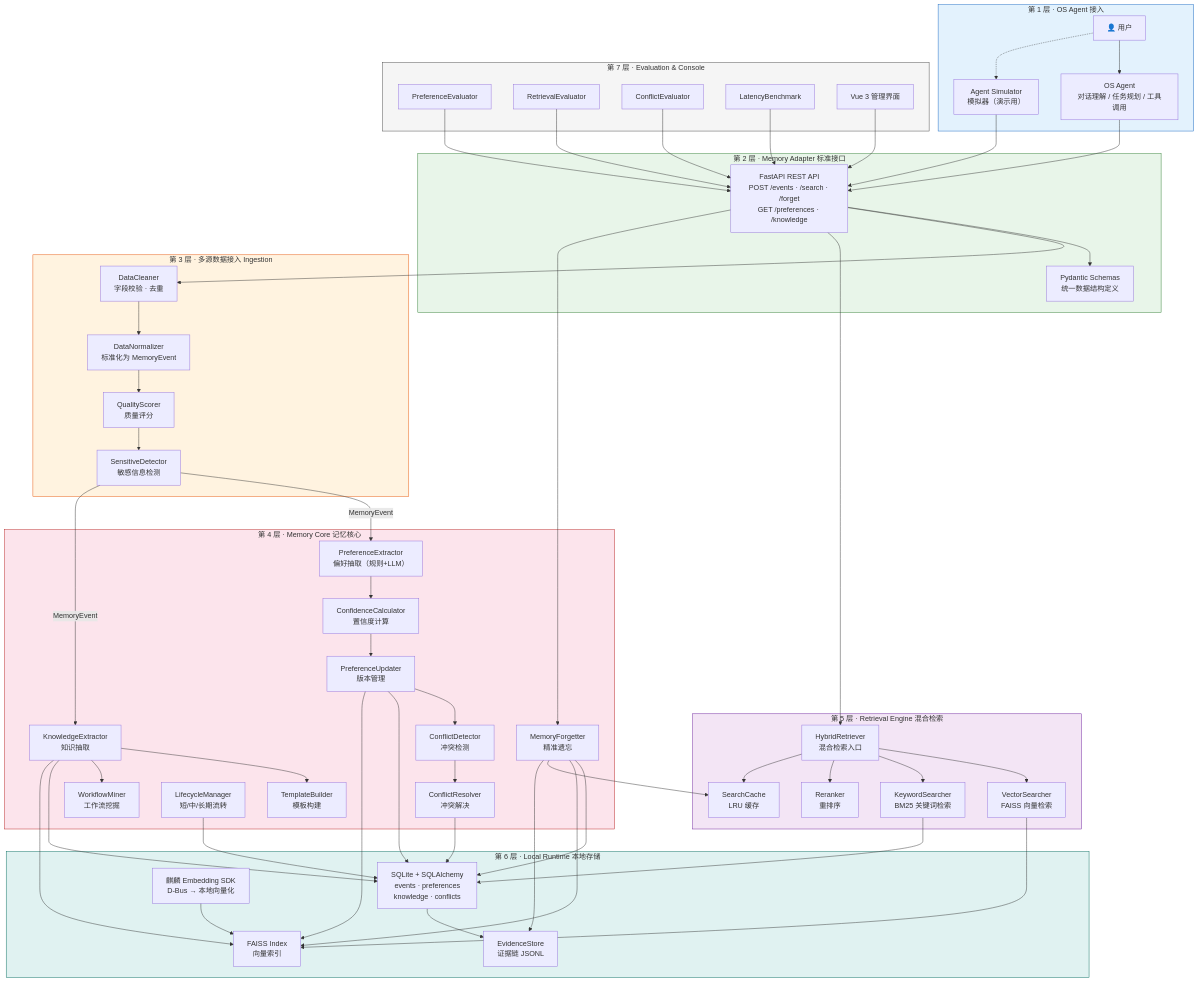
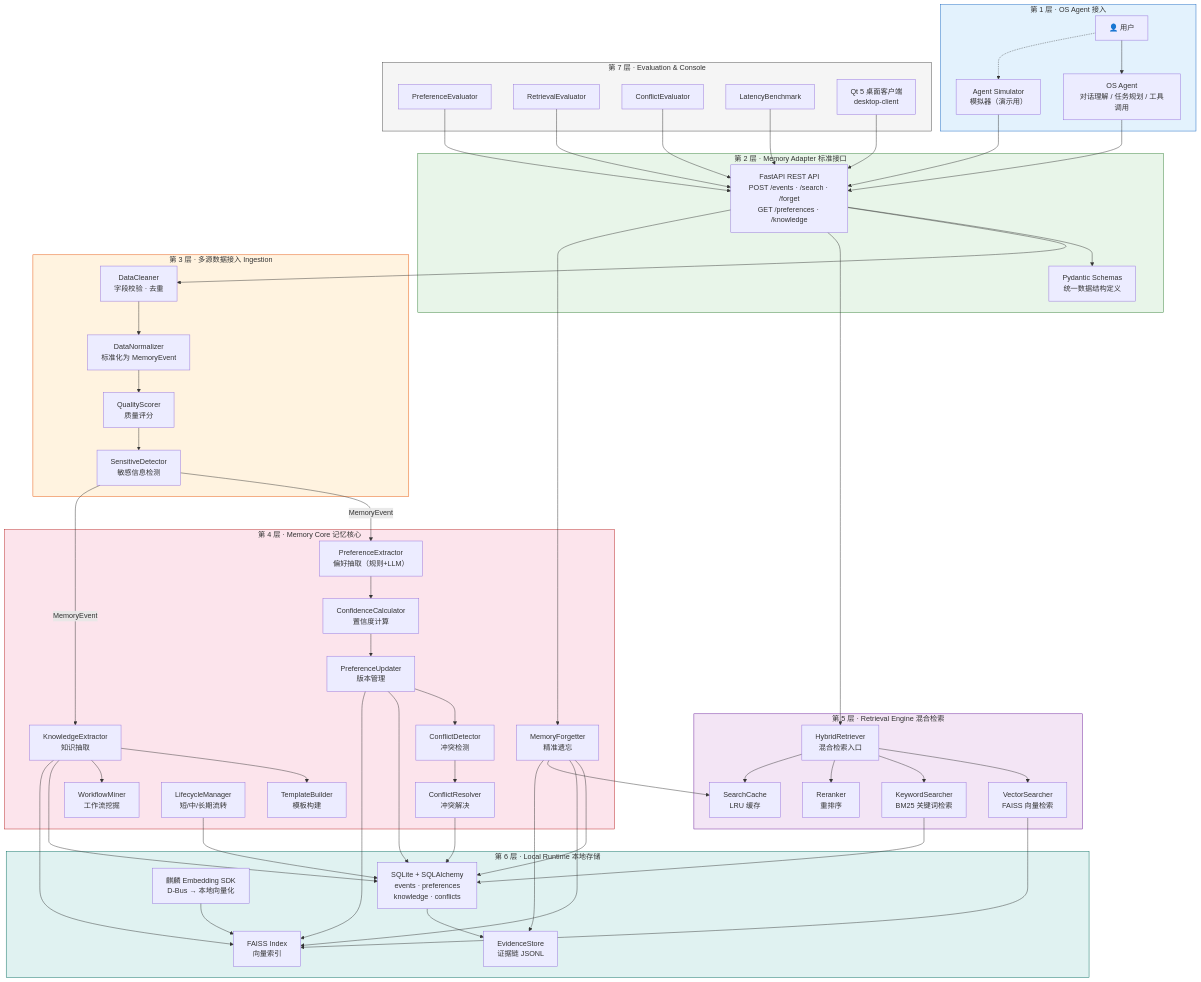
Before and after one commit to pyzw618/XA202612-2: the first of 11 diagrams in docs/ARCHITECTURE.md, drawn with Mermaid. The commit also changed other lines of this file and 41 other files, not shown here.

```diff
--- a/docs/ARCHITECTURE.md
+++ b/docs/ARCHITECTURE.md
@@ -59,7 +59,7 @@
         EvalRet["RetrievalEvaluator"]
         EvalConf["ConflictEvaluator"]
         Bench["LatencyBenchmark"]
-        Vue["Vue 3 管理界面"]
+        Qt5["Qt 5 桌面客户端<br/>desktop-client"]
     end
 
     User --> Agent
@@ -108,7 +108,7 @@
     EvalRet --> API
     EvalConf --> API
     Bench --> API
-    Vue --> API
+    Qt5 --> API
 
     style L1 fill:#e3f2fd,stroke:#1565c0
     style L2 fill:#e8f5e9,stroke:#2e7d32
```
